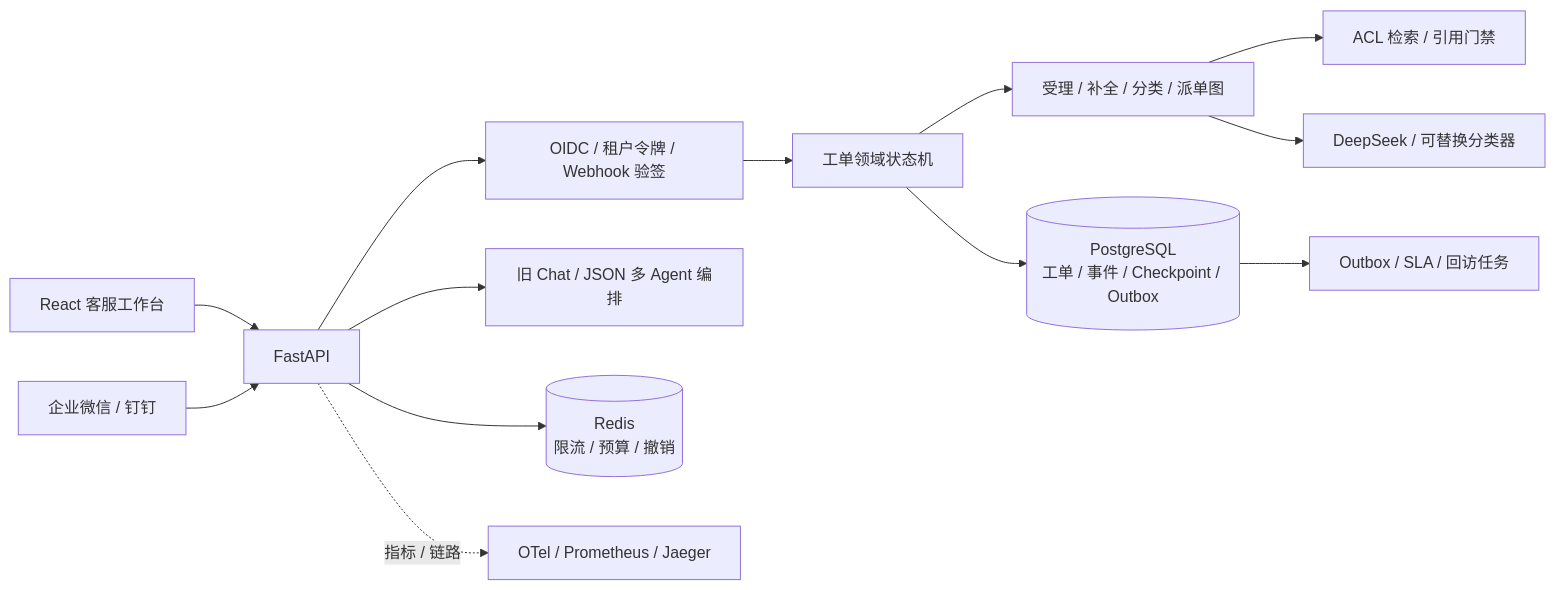
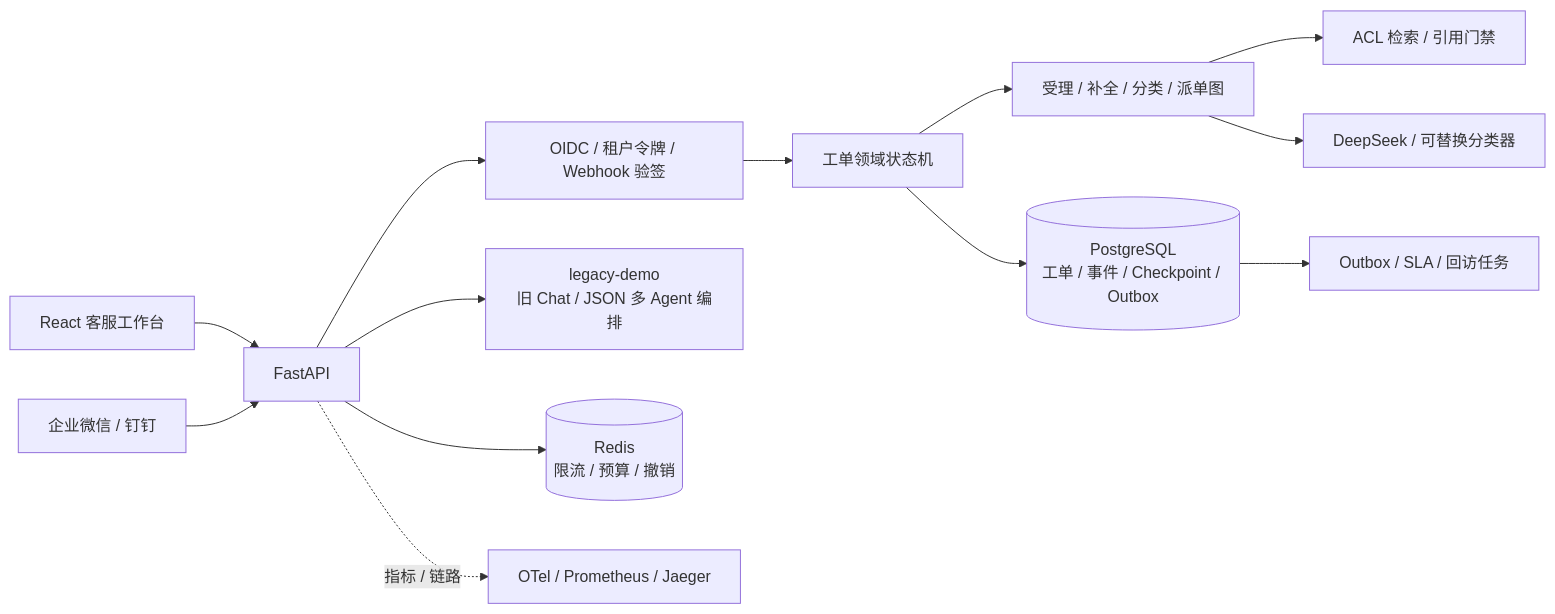
Before and after one commit to kdc307950-art/agent: the first of 2 diagrams in README.md, drawn with Mermaid. The commit also changed other lines of this file and 14 other files, not shown here.

Commit message:
feat(demo): IT helpdesk demo seed, 10-min script, and legacy-demo consolidation

````diff
--- a/README.md
+++ b/README.md
@@ -78,15 +98,15 @@
 ```mermaid
 flowchart LR
     U[React 客服工作台] --> API[FastAPI]
     CH[企业微信 / 钉钉] --> API
     API --> AUTH[OIDC / 租户令牌 / Webhook 验签]
     AUTH --> TICKET[工单领域状态机]
     TICKET --> INTAKE[受理 / 补全 / 分类 / 派单图]
     INTAKE --> RAG[ACL 检索 / 引用门禁]
-    API --> CHAT[旧 Chat / JSON 多 Agent 编排]
+    API --> CHAT[legacy-demo<br/>旧 Chat / JSON 多 Agent 编排]
     TICKET --> PG[(PostgreSQL<br/>工单 / 事件 / Checkpoint / Outbox)]
     API --> REDIS[(Redis<br/>限流 / 预算 / 撤销)]
     PG --> WORKER[Outbox / SLA / 回访任务]
     INTAKE --> LLM[DeepSeek / 可替换分类器]
     API -. 指标 / 链路 .-> OTEL[OTel / Prometheus / Jaeger]
 ```
````
